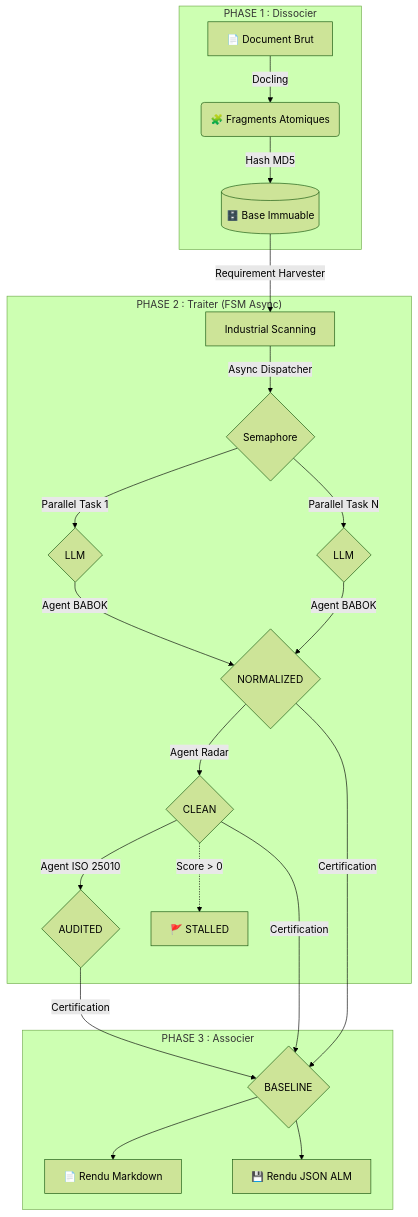
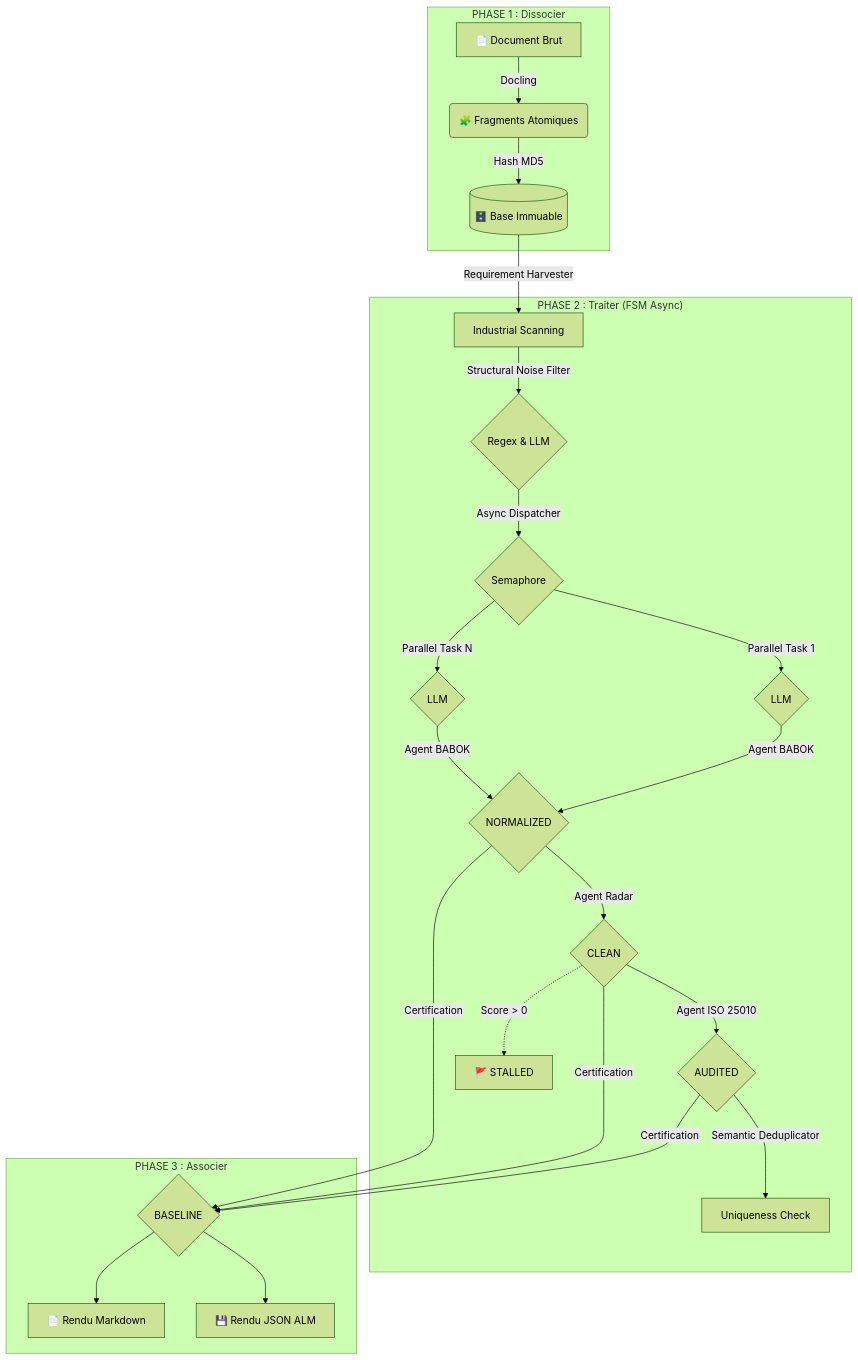
One commit to RodMan121/rfp-analyse-ia changed the diagram in ARCHITECTURE.md. Above: the diagram before and after it, drawn with Mermaid (forest theme). The commit also changed 8 other files, not shown here.

````diff
--- a/ARCHITECTURE.md
+++ b/ARCHITECTURE.md
@@ -9,24 +9,26 @@
 ```mermaid
 graph TD
     subgraph "PHASE 1 : Dissocier"
         A[📄 Document Brut] -->|Docling| B(🧩 Fragments Atomiques)
         B -->|Hash MD5| C[(🗄️ Base Immuable)]
     end
     
     subgraph "PHASE 2 : Traiter (FSM Async)"
         C -->|Requirement Harvester| D[Industrial Scanning]
-        D -->|Async Dispatcher| SEM{Semaphore}
+        D -->|Structural Noise Filter| FILT{Regex & LLM}
+        FILT -->|Async Dispatcher| SEM{Semaphore}
         SEM -->|Parallel Task 1| LLM1{LLM}
         SEM -->|Parallel Task N| LLM2{LLM}
         LLM1 & LLM2 -->|Agent BABOK| E{NORMALIZED}
         E -->|Agent Radar| F{CLEAN}
         F -->|Agent ISO 25010| G{AUDITED}
+        G -->|Semantic Deduplicator| DEDUP[Uniqueness Check]
         F -.->|Score > 0| H[🚩 STALLED]
     end
     
     subgraph "PHASE 3 : Associer"
         G & F & E -->|Certification| I{BASELINE}
         I --> J[📄 Rendu Markdown]
         I --> K[💾 Rendu JSON ALM]
     end
 ```
````
